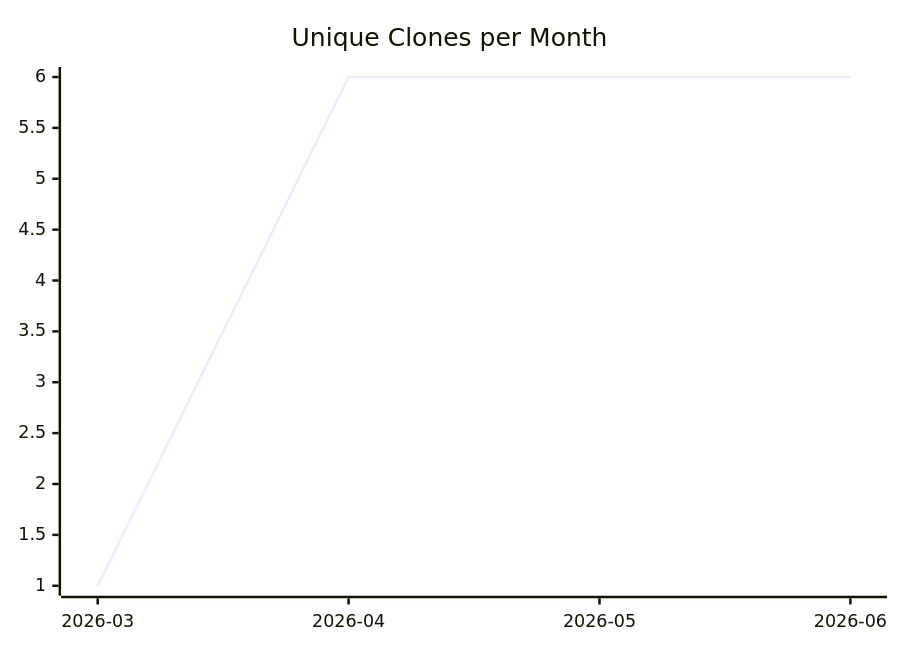
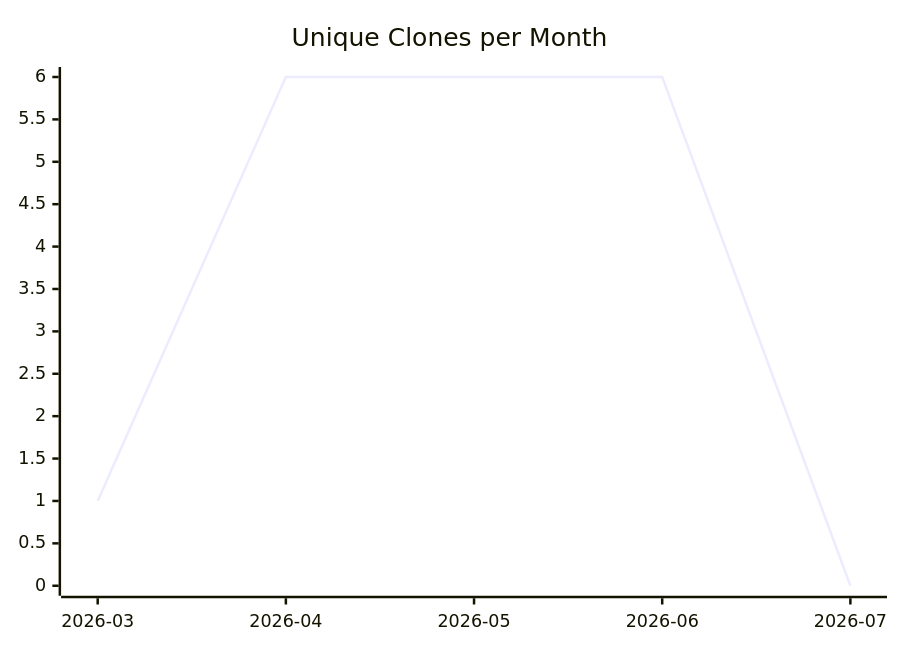
The third of 3 diagrams in karlmdavis/hapi-fhir-jpaserver-starter/README.md (justdavis-family/github-analytics-data), drawn with Mermaid before and after one commit. The commit also changed other lines of this file and 199 other files, not shown here.

````diff
--- a/karlmdavis/hapi-fhir-jpaserver-starter/README.md
+++ b/karlmdavis/hapi-fhir-jpaserver-starter/README.md
@@ -19,6 +19,6 @@
 ```mermaid
 xychart-beta
   title "Unique Clones per Month"
-  x-axis ["2026-03", "2026-04", "2026-05", "2026-06"]
-  line [1, 6, 6, 6]
+  x-axis ["2026-03", "2026-04", "2026-05", "2026-06", "2026-07"]
+  line [1, 6, 6, 6, 0]
 ```
````
